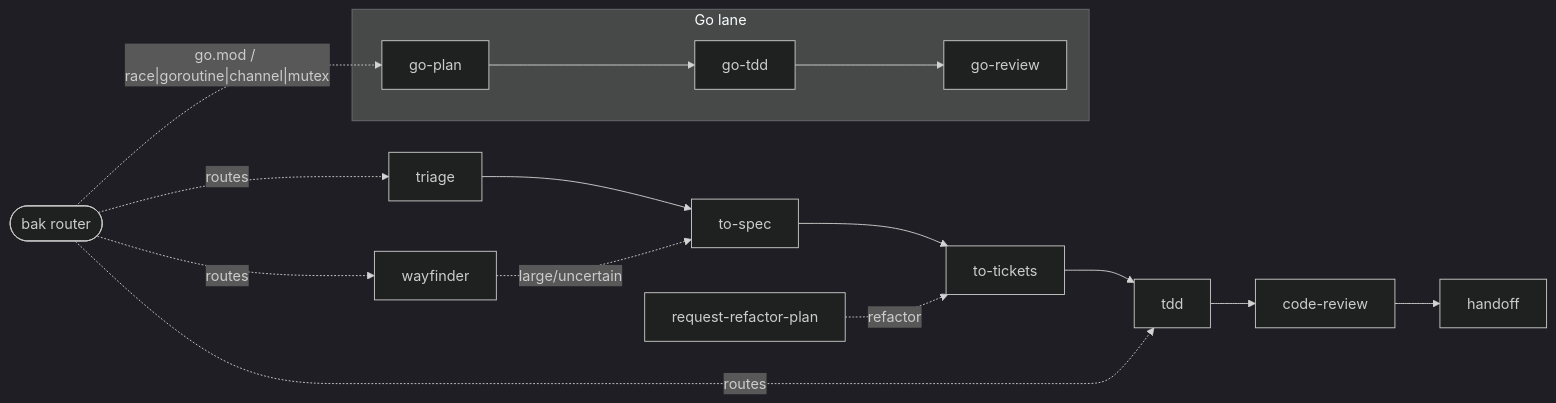
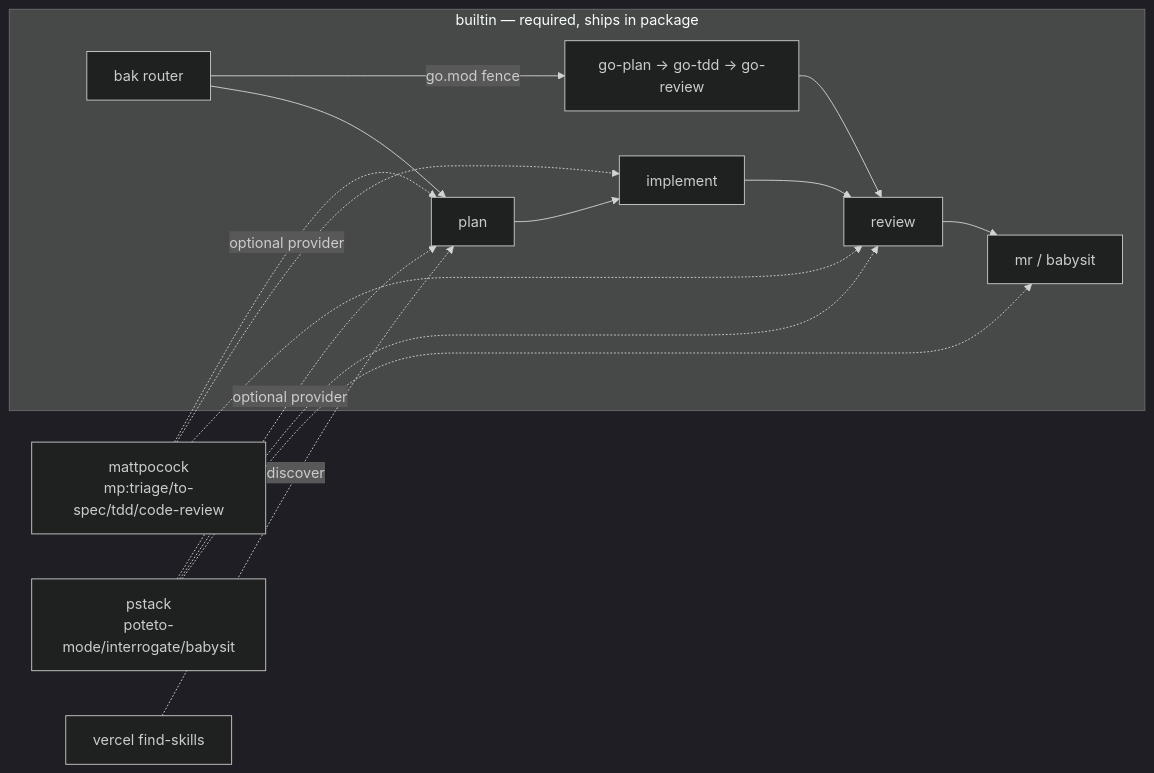
The first of 3 diagrams in README.md (aniqaqill/bad-agent-kit), drawn with Mermaid (dark theme) before and after one commit. The commit also changed other lines of this file and 30 other files, not shown here.

First line of the commit message:
BAK 2.0: provider/adapter model, self-contained Go lane, SDLC review pipeline

````diff
--- a/README.md
+++ b/README.md
@@ -112,13 +141,18 @@
 ```mermaid
 flowchart LR
-  T[triage] --> S[to-spec] --> K[to-tickets] --> D[tdd] --> R[code-review] --> H[handoff]
-  W[wayfinder] -.->|large/uncertain| S
-  P[request-refactor-plan] -.->|refactor| K
-  bak([bak router]) -. routes .-> T
-  bak -. routes .-> D
-  bak -. routes .-> W
-  subgraph GO[Go lane]
-    GP[go-plan] --> GT[go-tdd] --> GR[go-review]
+  subgraph BUILTIN["builtin — required, ships in package"]
+    BAKb[bak router]
+    PLAN[plan] --> IMPL[implement] --> REV[review] --> MR[mr / babysit]
+    GO[go-plan → go-tdd → go-review]
   end
-  bak -. "go.mod / race|goroutine|channel|mutex" .-> GP
+  MP["mattpocock<br/>mp:triage/to-spec/tdd/code-review"] -.->|optional provider| PLAN
+  MP -.-> IMPL
+  MP -.-> REV
+  PS["pstack<br/>poteto-mode/interrogate/babysit"] -.->|optional provider| PLAN
+  PS -.-> REV
+  PS -.-> MR
+  VL["vercel find-skills"] -.->|discover| PLAN
+  BAKb -->|go.mod fence| GO
+  BAKb --> PLAN
+  GO --> REV
 ```
````
